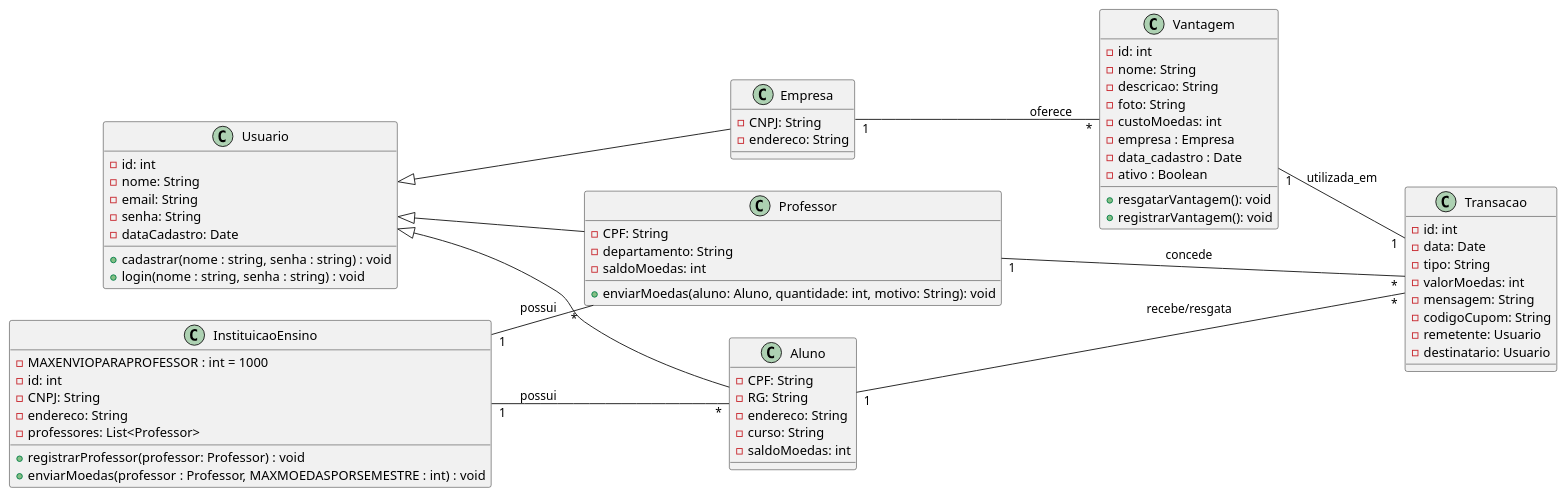
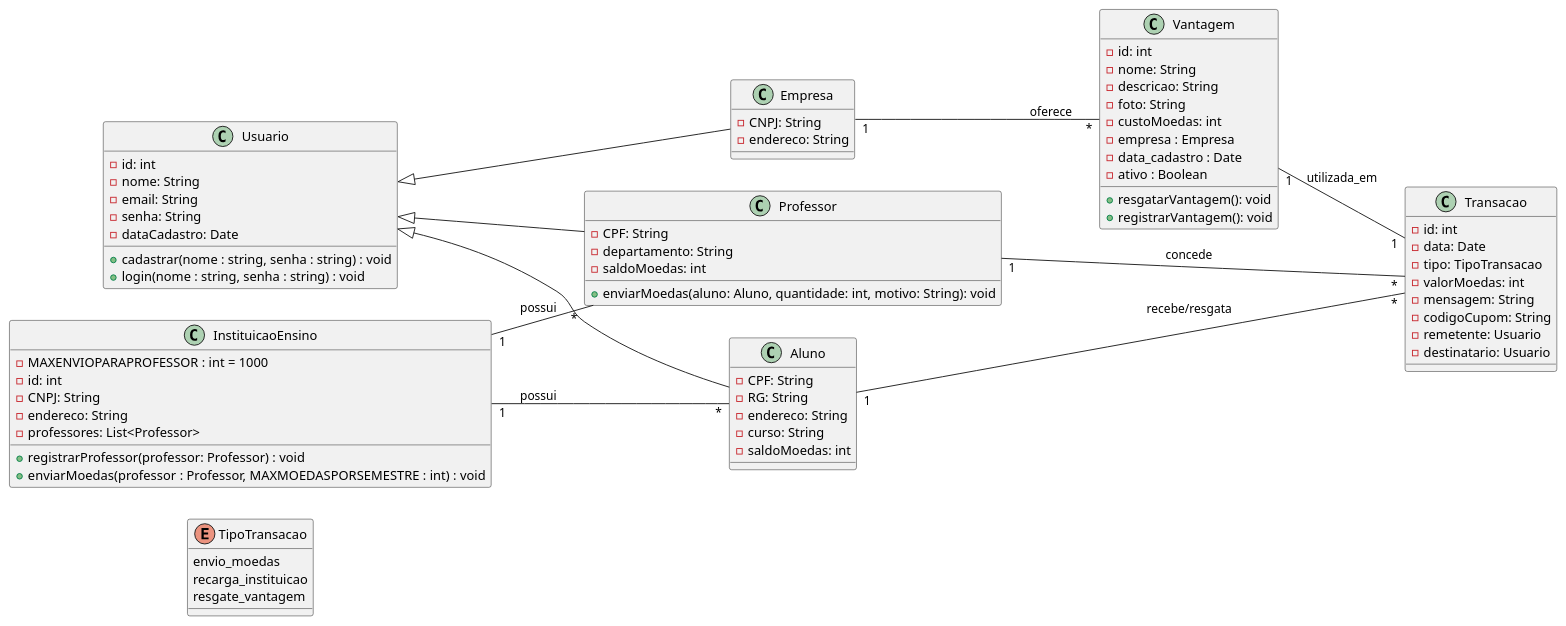
The diagram in project/code/classdiagram.plantuml (iannovais/lds-moeda), drawn with PlantUML before and after one commit. The commit also changed 17 other files, not shown here.

Commit message:
Atualização de diagramas

```diff
--- a/project/code/classdiagram.plantuml
+++ b/project/code/classdiagram.plantuml
@@ -1,75 +1,81 @@
 @startuml
 left to right direction
+
+ENUM TipoTransacao {
+  envio_moedas
+  recarga_instituicao
+  resgate_vantagem
+}
 
 class Usuario {
   - id: int
   - nome: String
   - email: String
   - senha: String
   - dataCadastro: Date
   + cadastrar(nome : string, senha : string) : void 
   + login(nome : string, senha : string) : void 
 }
 
 class Aluno extends Usuario {
   - CPF: String
   - RG: String
   - endereco: String
   - curso: String
   - saldoMoedas: int
 }
 
 class Professor extends Usuario {
   - CPF: String
   - departamento: String
   - saldoMoedas: int
   + enviarMoedas(aluno: Aluno, quantidade: int, motivo: String): void
 }
 
 class Empresa extends Usuario {
   - CNPJ: String
   - endereco: String
 }
 
 class InstituicaoEnsino {
   - MAXENVIOPARAPROFESSOR : int = 1000
   - id: int
   - CNPJ: String
   - endereco: String
   - professores: List<Professor>
   + registrarProfessor(professor: Professor) : void
   + enviarMoedas(professor : Professor, MAXMOEDASPORSEMESTRE : int) : void
 }
 
 class Vantagem {
   - id: int
   - nome: String
   - descricao: String
   - foto: String
   - custoMoedas: int
   - empresa : Empresa
   - data_cadastro : Date
   - ativo : Boolean
   + resgatarVantagem(): void
   + registrarVantagem(): void
 }
 
 class Transacao {
   - id: int
   - data: Date
-  - tipo: String
+  - tipo: TipoTransacao
   - valorMoedas: int
   - mensagem: String
   - codigoCupom: String
   - remetente: Usuario
   - destinatario: Usuario
 }
 
 Aluno "1" -- "*" Transacao : recebe/resgata
 Professor "1" -- "*" Transacao : concede
 Empresa "1" -- "*" Vantagem : oferece
 Vantagem "1" -- "1" Transacao : utilizada_em
 InstituicaoEnsino "1" -- "*" Aluno : possui
 InstituicaoEnsino "1" -- "*" Professor : possui
 
 @enduml
```
